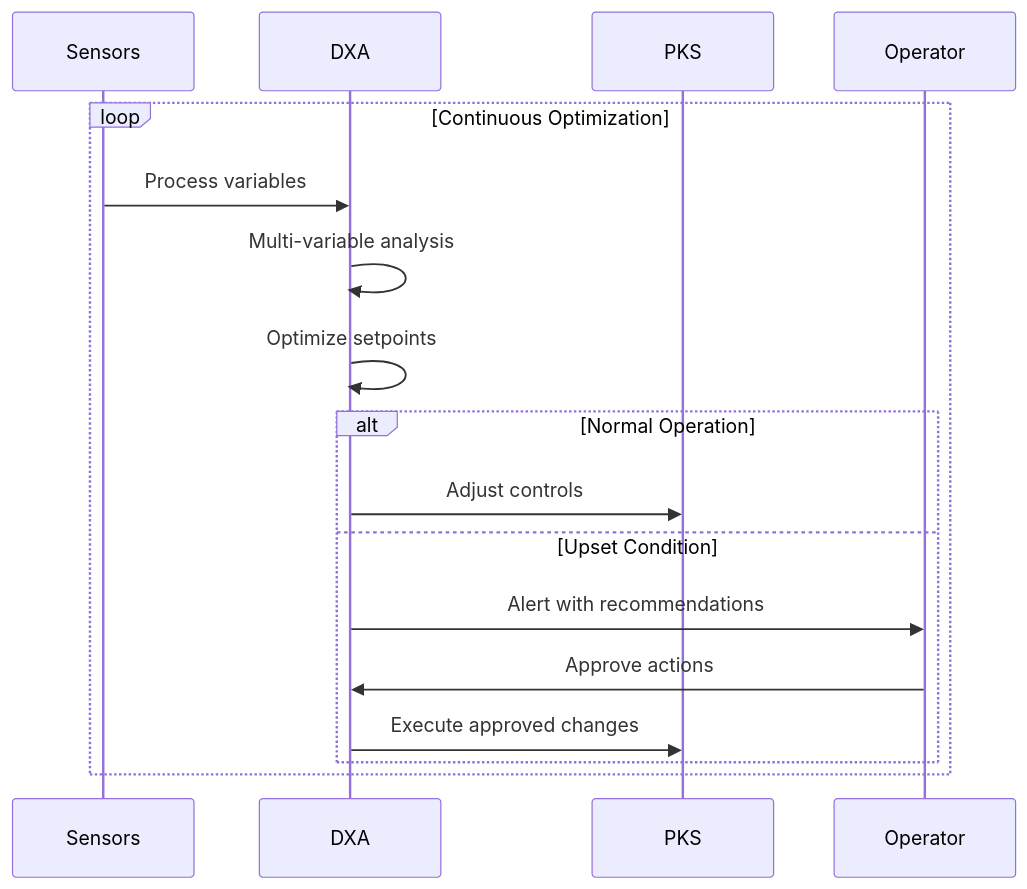
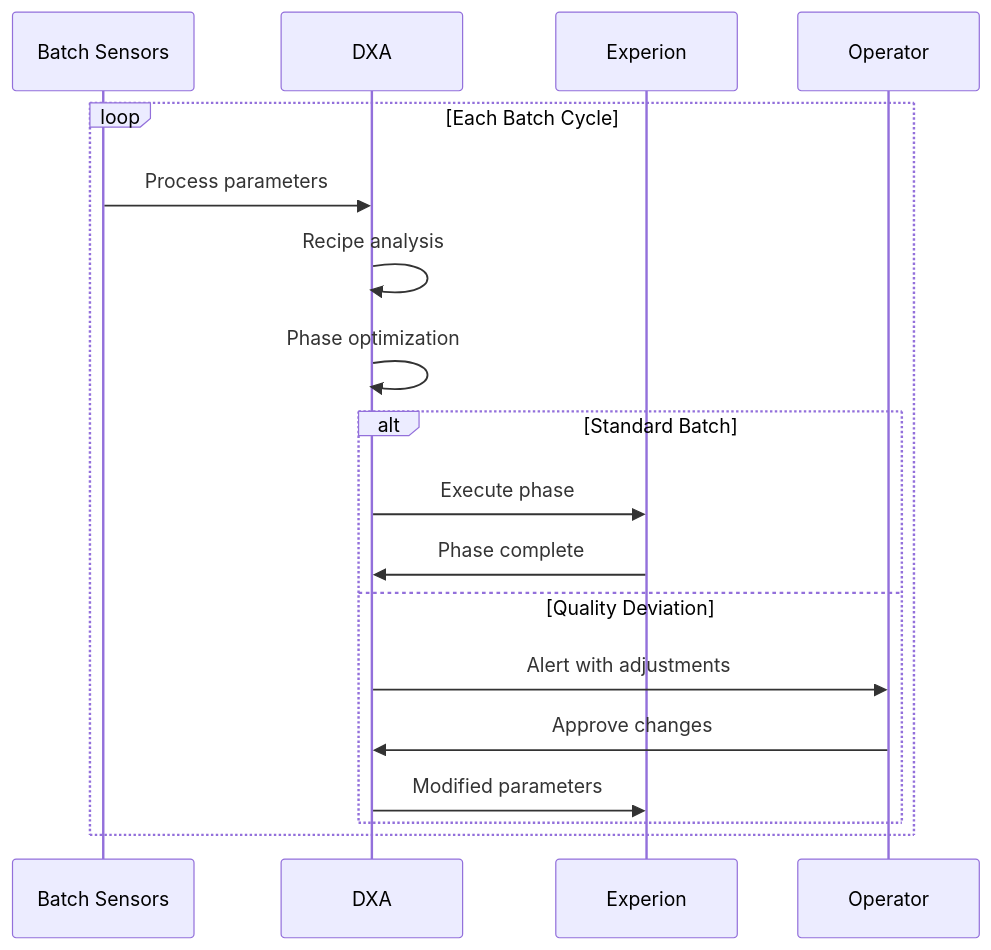
Before and after one commit to aitomatic/dana: the second of 4 diagrams in docs/requirements/INDUSTRIAL-AUTOMATION.md, drawn with Mermaid. The commit also changed other lines of this file, not shown here.

Commit message:
Refocus INDUSTRIAL to specialty-chemicals batch processing.

````diff
--- a/docs/requirements/INDUSTRIAL-AUTOMATION.md
+++ b/docs/requirements/INDUSTRIAL-AUTOMATION.md
@@ -51,20 +54,21 @@
 ```mermaid
 sequenceDiagram
-    participant S as Sensors
+    participant S as Batch Sensors
     participant D as DXA
-    participant P as PKS
+    participant E as Experion
     participant O as Operator
     
-    loop Continuous Optimization
-        S->>D: Process variables
-        D->>D: Multi-variable analysis
-        D->>D: Optimize setpoints
-        alt Normal Operation
-            D->>P: Adjust controls
-        else Upset Condition
-            D->>O: Alert with recommendations
-            O->>D: Approve actions
-            D->>P: Execute approved changes
+    loop Each Batch Cycle
+        S->>D: Process parameters
+        D->>D: Recipe analysis
+        D->>D: Phase optimization
+        alt Standard Batch
+            D->>E: Execute phase
+            E->>D: Phase complete
+        else Quality Deviation
+            D->>O: Alert with adjustments
+            O->>D: Approve changes
+            D->>E: Modified parameters
         end
     end
 ```
````
